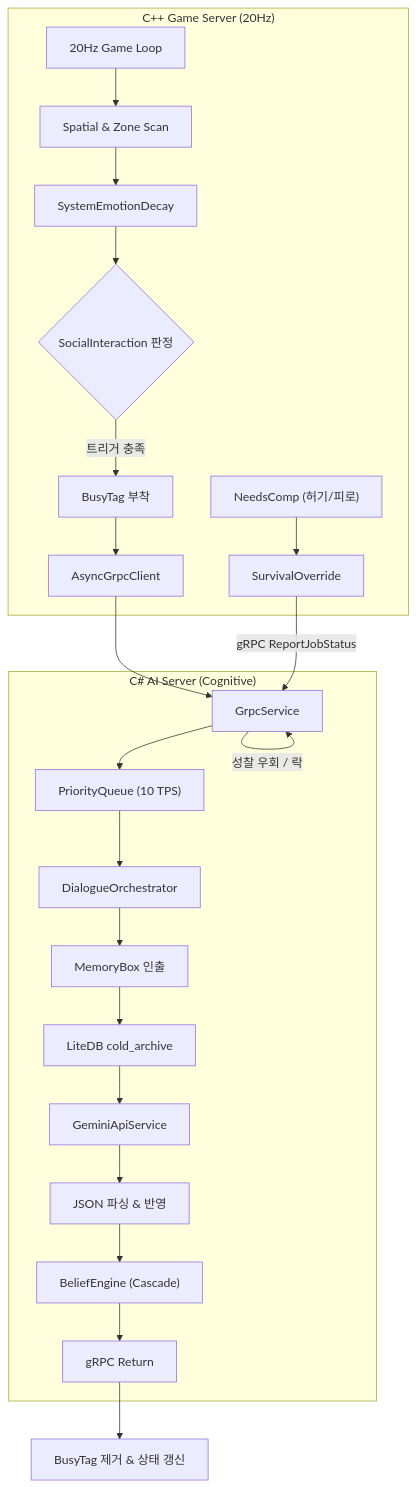
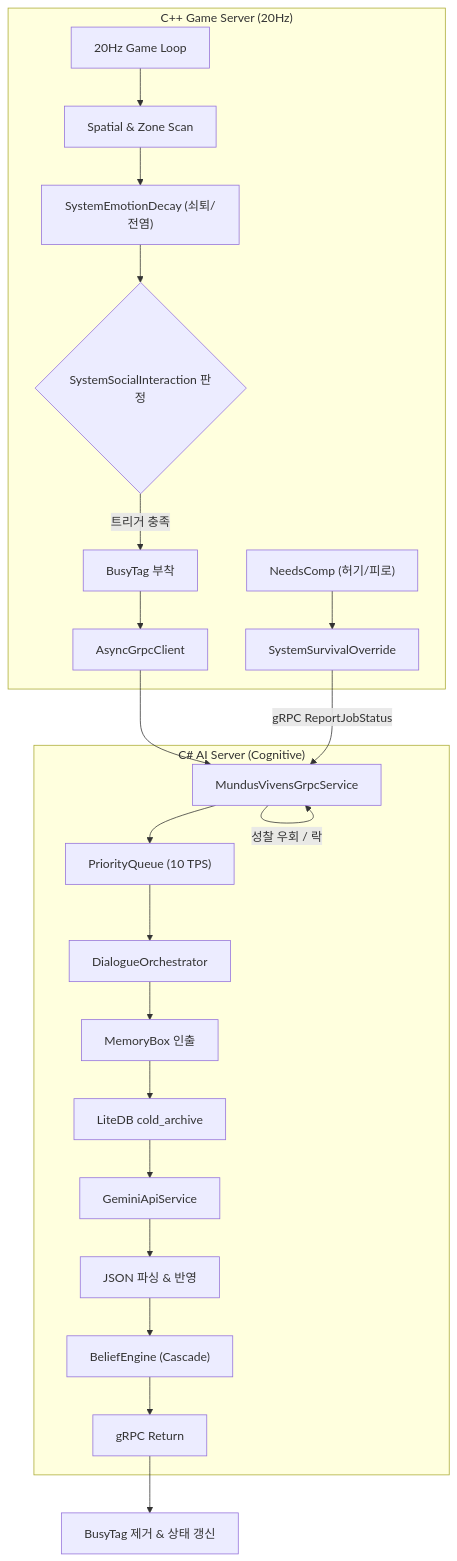
The first of 4 diagrams in MundusVivens/docs/02_agent_design.md (jin20203458/Obsidian.Agent), drawn with Mermaid before and after one commit. The commit also changed other lines of this file, not shown here.

Commit message:
docs: restore precise C++/C# class names and method keywords in Mermaid diagrams

````diff
--- a/MundusVivens/docs/02_agent_design.md
+++ b/MundusVivens/docs/02_agent_design.md
@@ -18,30 +18,30 @@
 ```mermaid
 flowchart TD
     subgraph CPP ["C++ Game Server (20Hz)"]
         Physics["20Hz Game Loop"] --> ZoneScan["Spatial & Zone Scan"]
-        ZoneScan --> Contagion["SystemEmotionDecay"]
-        Contagion --> InteractionCheck{"SocialInteraction 판정"}
+        ZoneScan --> Contagion["SystemEmotionDecay (쇠퇴/전염)"]
+        Contagion --> InteractionCheck{"SystemSocialInteraction 판정"}
         InteractionCheck -- "트리거 충족" --> AttachBusy["BusyTag 부착"]
         AttachBusy --> AsyncGrpc["AsyncGrpcClient"]
         
-        Needs["NeedsComp (허기/피로)"] --> Survival["SurvivalOverride"]
+        Needs["NeedsComp (허기/피로)"] --> Survival["SystemSurvivalOverride"]
     end
 
     subgraph CS ["C# AI Server (Cognitive)"]
-        AsyncGrpc --> GrpcEndpoint["GrpcService"]
+        AsyncGrpc --> GrpcEndpoint["MundusVivensGrpcService"]
         GrpcEndpoint --> Queue["PriorityQueue (10 TPS)"]
         Queue --> Orchestrator["DialogueOrchestrator"]
         
         Orchestrator --> MemRetrieve["MemoryBox 인출"]
         MemRetrieve --> Recall["LiteDB cold_archive"]
         Recall --> LLMCall["GeminiApiService"]
         LLMCall --> ResponseParse["JSON 파싱 & 반영"]
         ResponseParse --> BeliefUpdate["BeliefEngine (Cascade)"]
         BeliefUpdate --> ReturnGrpc["gRPC Return"]
         
         Survival -->|"gRPC ReportJobStatus"| GrpcEndpoint
         GrpcEndpoint -->|"성찰 우회 / 락"| GrpcEndpoint
     end
 
     ReturnGrpc --> DetachBusy["BusyTag 제거 & 상태 갱신"]
 ```
````
